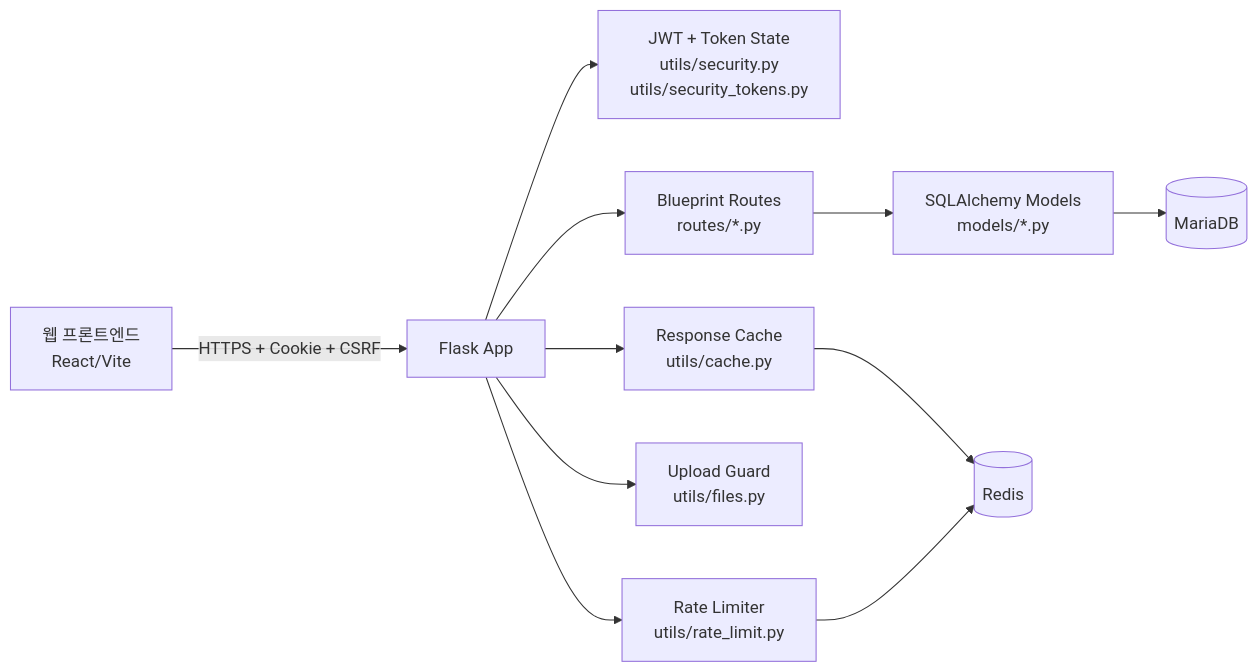
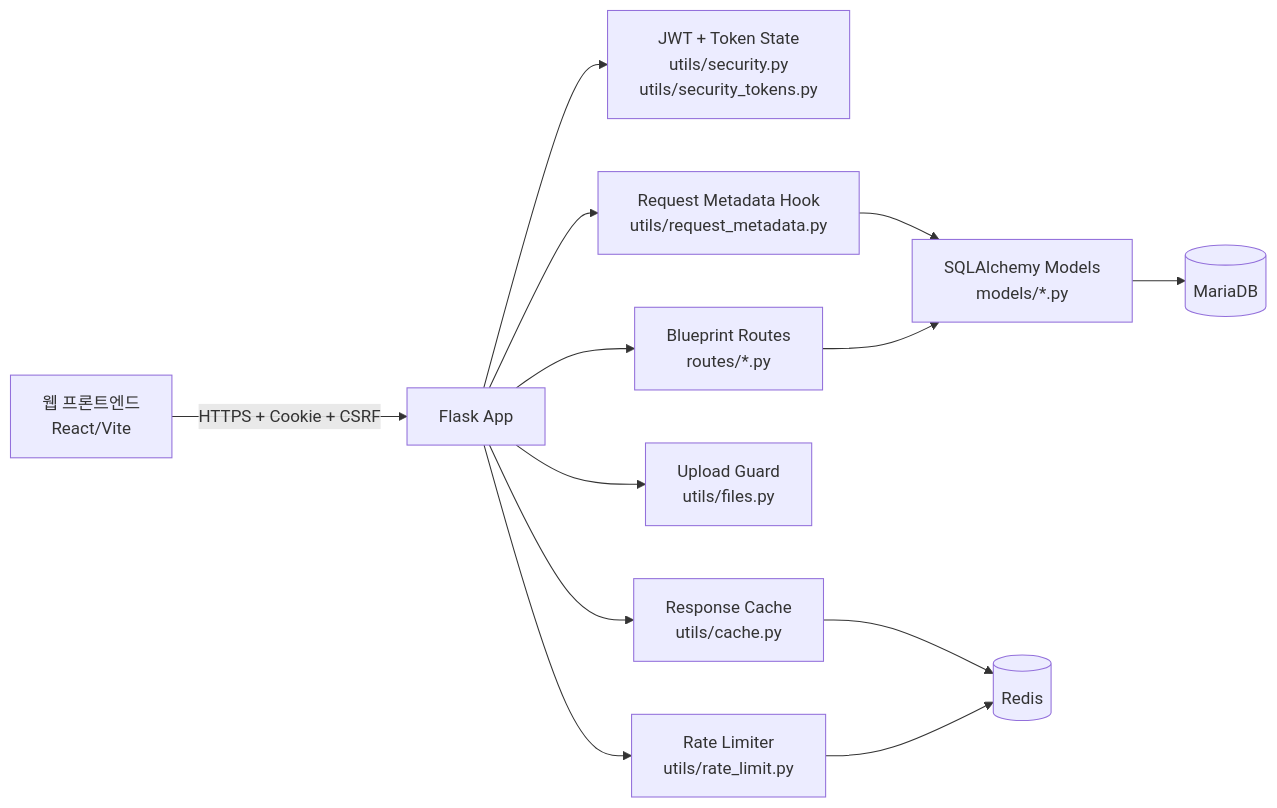
Before and after one commit to hanjm-github/beomseo.in: the first of 7 diagrams in backend/docs/backend_architecture.md, drawn with Mermaid. The commit also changed other lines of this file and 17 other files, not shown here.

````diff
--- a/backend/docs/backend_architecture.md
+++ b/backend/docs/backend_architecture.md
@@ -10,13 +10,15 @@
 ```mermaid
 flowchart LR
     Client[웹 프론트엔드<br/>React/Vite] -->|HTTPS + Cookie + CSRF| Flask[Flask App]
     Flask --> Auth[JWT + Token State<br/>utils/security.py<br/>utils/security_tokens.py]
     Flask --> RL[Rate Limiter<br/>utils/rate_limit.py]
     Flask --> Cache[Response Cache<br/>utils/cache.py]
     Flask --> Upload[Upload Guard<br/>utils/files.py]
+    Flask --> ReqMeta[Request Metadata Hook<br/>utils/request_metadata.py]
     Flask --> Routes[Blueprint Routes<br/>routes/*.py]
+    ReqMeta --> ORM
     Routes --> ORM[SQLAlchemy Models<br/>models/*.py]
     ORM --> DB[(MariaDB)]
     Cache --> Redis[(Redis)]
     RL --> Redis
 ```
````
